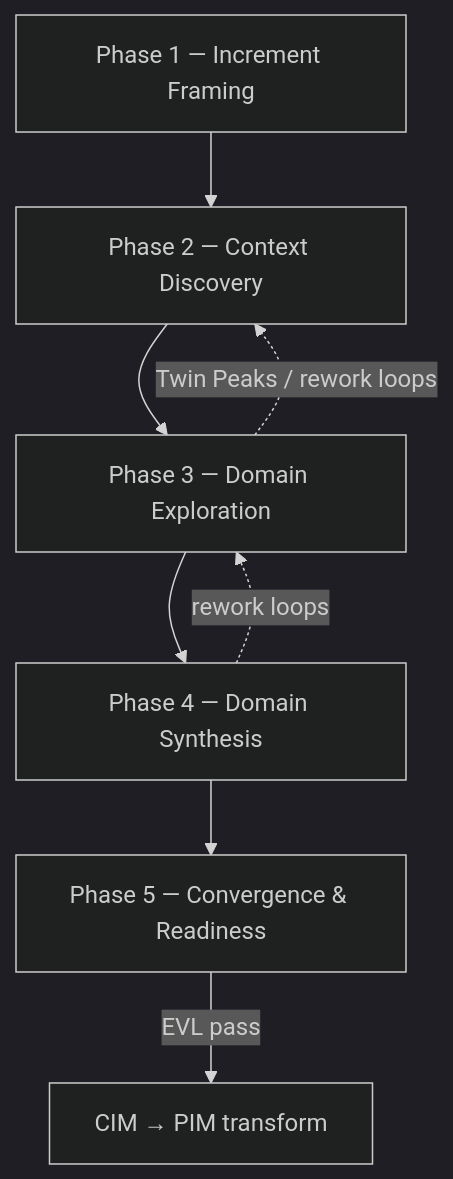
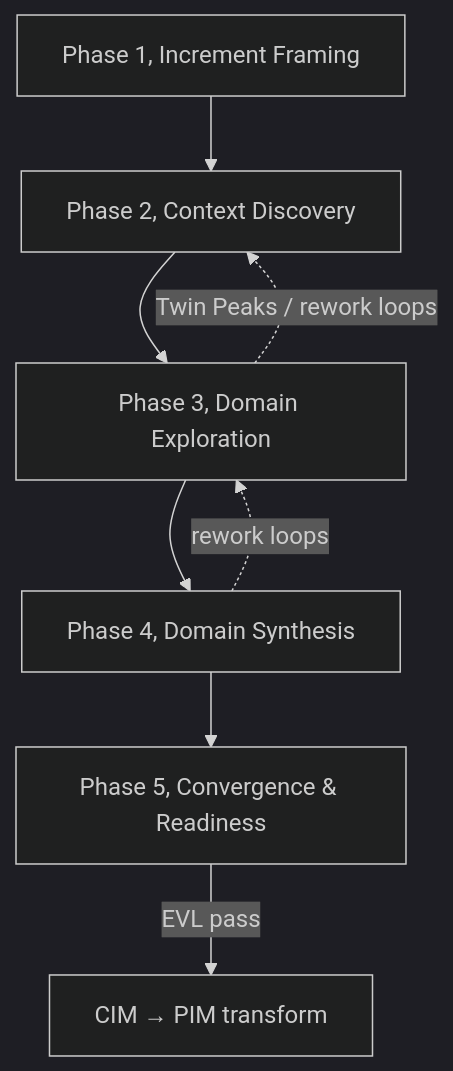
The diagram in docs/public-docs/docs/guides/cim-modeling-methodology.md (mehdieidi/modriss), drawn with Mermaid (dark theme) before and after one commit. The commit also changed other lines of this file and 123 other files, not shown here.

````diff
--- a/docs/public-docs/docs/guides/cim-modeling-methodology.md
+++ b/docs/public-docs/docs/guides/cim-modeling-methodology.md
@@ -53,13 +53,13 @@
 ```mermaid
 flowchart TD
-  PH1["Phase 1 — Increment Framing"]
-  PH2["Phase 2 — Context Discovery"]
-  PH3["Phase 3 — Domain Exploration"]
-  PH4["Phase 4 — Domain Synthesis"]
-  PH5["Phase 5 — Convergence & Readiness"]
+  PH1["Phase 1, Increment Framing"]
+  PH2["Phase 2, Context Discovery"]
+  PH3["Phase 3, Domain Exploration"]
+  PH4["Phase 4, Domain Synthesis"]
+  PH5["Phase 5, Convergence & Readiness"]
 
   PH1 --> PH2 --> PH3 --> PH4 --> PH5
   PH3 -.->|Twin Peaks / rework loops| PH2
   PH4 -.->|rework loops| PH3
   PH5 -->|EVL pass| GATE["CIM → PIM transform"]
 ```
````
